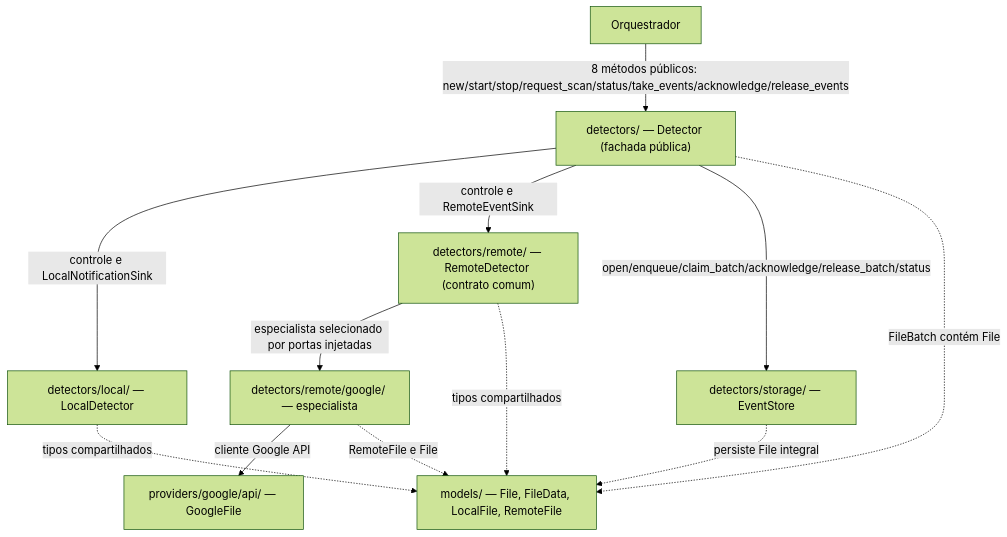
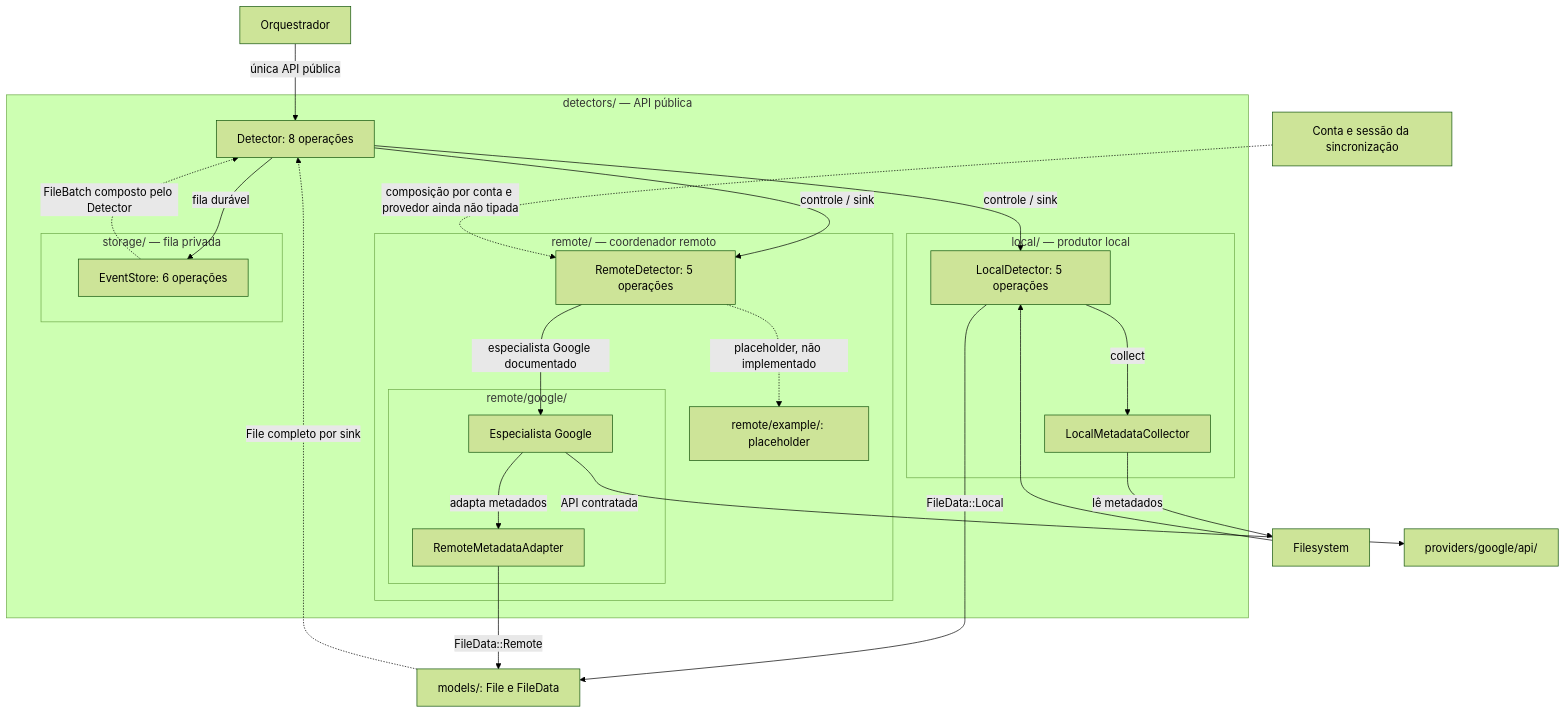
One commit to rafatosta/drivesync changed the second of 4 diagrams in docs/engine/detectors/README.md. Above: the diagram before and after it, drawn with Mermaid (forest theme). The commit also changed other lines of this file, not shown here.

Commit message:
docs(detectors): refine complete module topology and service navigation

````diff
--- a/docs/engine/detectors/README.md
+++ b/docs/engine/detectors/README.md
@@ -93,23 +93,44 @@
 ```mermaid
 flowchart TB
     ORQ["Orquestrador"]
-    D["detectors/ — Detector (fachada pública)"]
-    L["detectors/local/ — LocalDetector"]
-    R["detectors/remote/ — RemoteDetector (contrato comum)"]
-    S["detectors/storage/ — EventStore"]
-    G["detectors/remote/google/ — especialista"]
-    P["providers/google/api/ — GoogleFile"]
-    M["models/ — File, FileData, LocalFile, RemoteFile"]
+    MOD["models/: File e FileData"]
+    FS["Filesystem"]
+    GAPI["providers/google/api/"]
+    CFG["Conta e sessão da sincronização"]
 
-    ORQ -->|"8 métodos públicos: new/start/stop/request_scan/status/take_events/acknowledge/release_events"| D
-    D -->|"controle e LocalNotificationSink"| L
-    D -->|"controle e RemoteEventSink"| R
-    D -->|"open/enqueue/claim_batch/acknowledge/release_batch/status"| S
-    R -->|"especialista selecionado por portas injetadas"| G
-    G -->|"cliente Google API"| P
-    L -.->|"tipos compartilhados"| M
-    G -.->|"RemoteFile e File"| M
-    R -.->|"tipos compartilhados"| M
-    D -.->|"FileBatch contém File"| M
-    S -.->|"persiste File integral"| M
+    subgraph DET["detectors/ — API pública"]
+        D["Detector: 8 operações"]
+        subgraph LOCAL["local/ — produtor local"]
+            L["LocalDetector: 5 operações"]
+            C["LocalMetadataCollector"]
+        end
+        subgraph REM["remote/ — coordenador remoto"]
+            R["RemoteDetector: 5 operações"]
+            subgraph GOOGLE["remote/google/"]
+                G["Especialista Google"]
+                A["RemoteMetadataAdapter"]
+            end
+            EX["remote/example/: placeholder"]
+        end
+        subgraph STORE["storage/ — fila privada"]
+            S["EventStore: 6 operações"]
+        end
+    end
+
+    ORQ -->|"única API pública"| D
+    D -->|"controle / sink"| L
+    D -->|"controle / sink"| R
+    D -->|"fila durável"| S
+    FS --> L
+    L -->|"collect"| C
+    C -->|"lê metadados"| FS
+    R -->|"especialista Google documentado"| G
+    G -->|"API contratada"| GAPI
+    G -->|"adapta metadados"| A
+    R -.->|"placeholder, não implementado"| EX
+    CFG -.->|"composição por conta e provedor ainda não tipada"| R
+    L -->|"FileData::Local"| MOD
+    A -->|"FileData::Remote"| MOD
+    MOD -.->|"File completo por sink"| D
+    S -.->|"FileBatch composto pelo Detector"| D
 ```
````
